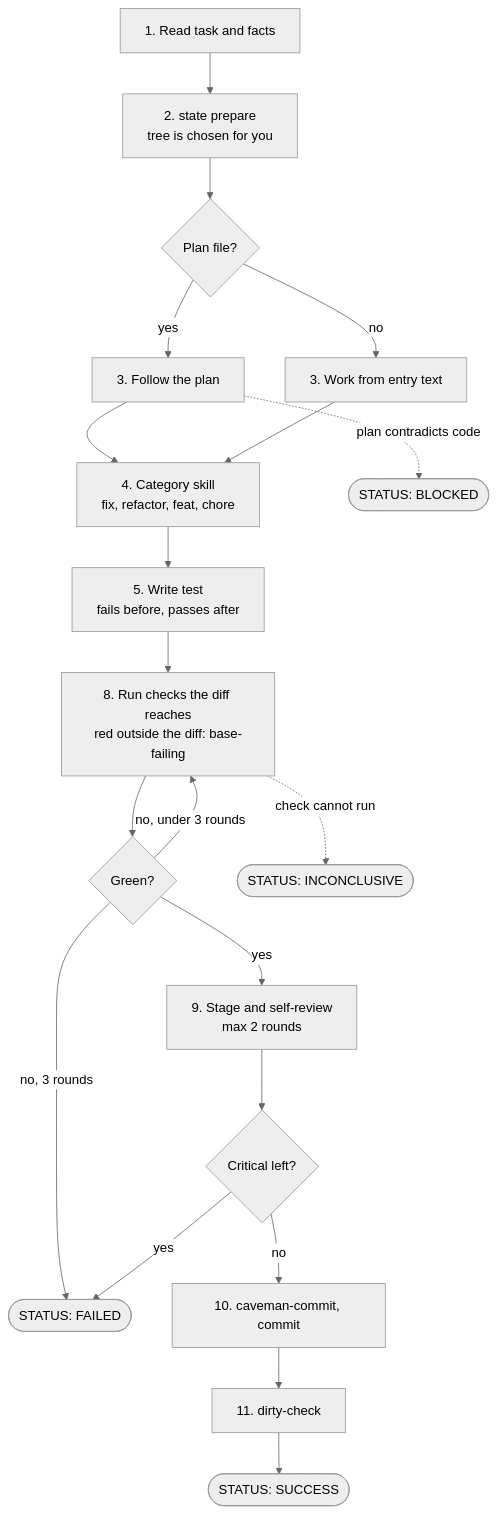
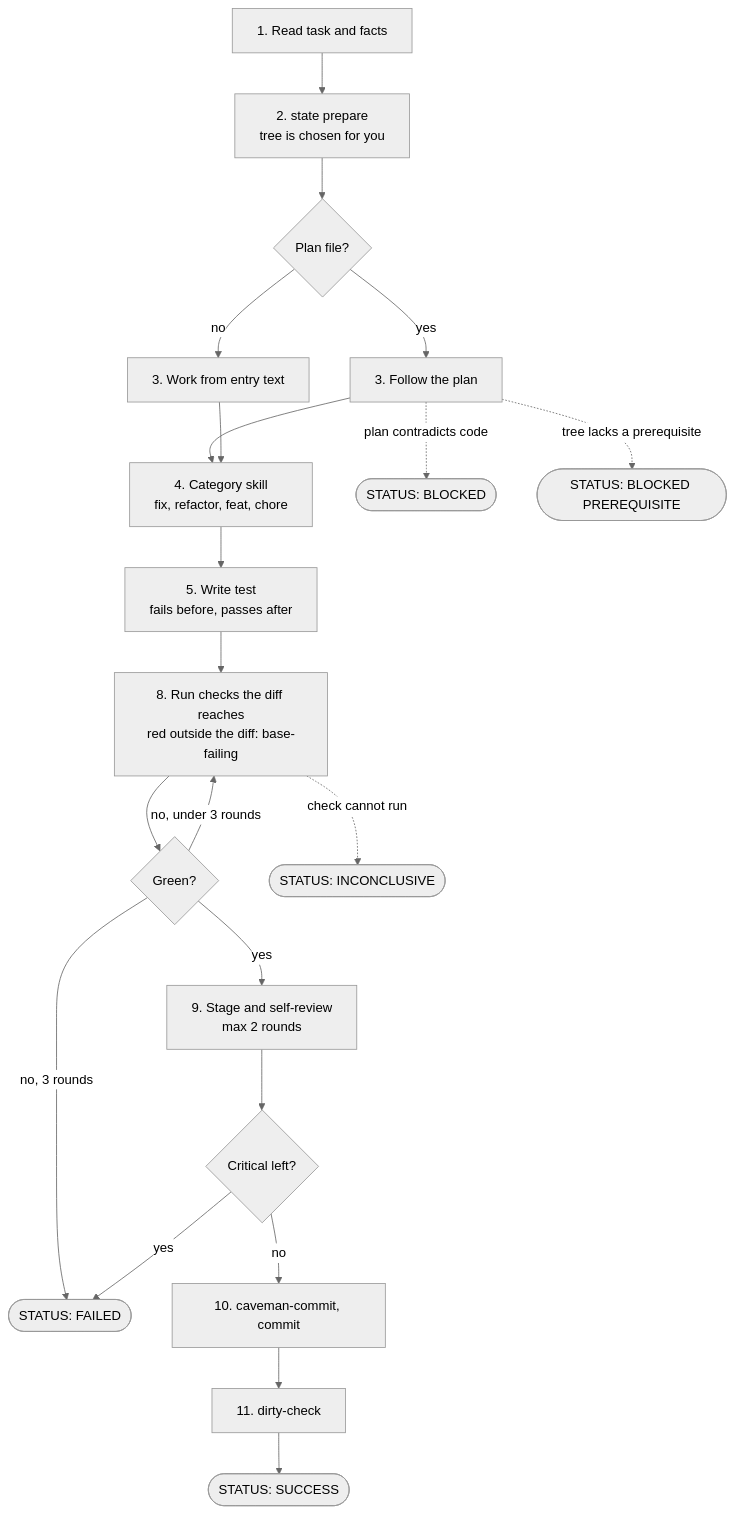
One commit to shortcuts/radin changed the diagram in docs/agents/lifecycle/leaf-loop.mmd. Above: the diagram before and after it, drawn with Mermaid (neutral theme). The commit also changed 27 other files, not shown here.

```diff
--- a/docs/agents/lifecycle/leaf-loop.mmd
+++ b/docs/agents/lifecycle/leaf-loop.mmd
@@ -1,20 +1,21 @@
 flowchart TD
   s1[1. Read task and facts] --> s1a[2. state prepare<br/>tree is chosen for you]
   s1a --> plan{Plan file?}
   plan -- yes --> s2[3. Follow the plan]
   plan -- no --> s2b[3. Work from entry text]
   s2 --> s3
   s2b --> s3[4. Category skill<br/>fix, refactor, feat, chore]
   s3 --> s4[5. Write test<br/>fails before, passes after]
   s4 --> s5[8. Run checks the diff reaches<br/>red outside the diff: base-failing]
   s5 --> green{Green?}
   green -- no, under 3 rounds --> s5
   green -- no, 3 rounds --> failed([STATUS: FAILED])
   green -- yes --> s5a[9. Stage and self-review<br/>max 2 rounds]
   s5a --> crit{Critical left?}
   crit -- yes --> failed
   crit -- no --> s6[10. caveman-commit, commit]
   s6 --> s7[11. dirty-check]
   s7 --> ok([STATUS: SUCCESS])
   s2 -. plan contradicts code .-> blocked([STATUS: BLOCKED])
   s5 -. check cannot run .-> inc([STATUS: INCONCLUSIVE])
+  s2 -. tree lacks a prerequisite .-> prereq([STATUS: BLOCKED PREREQUISITE])
```
